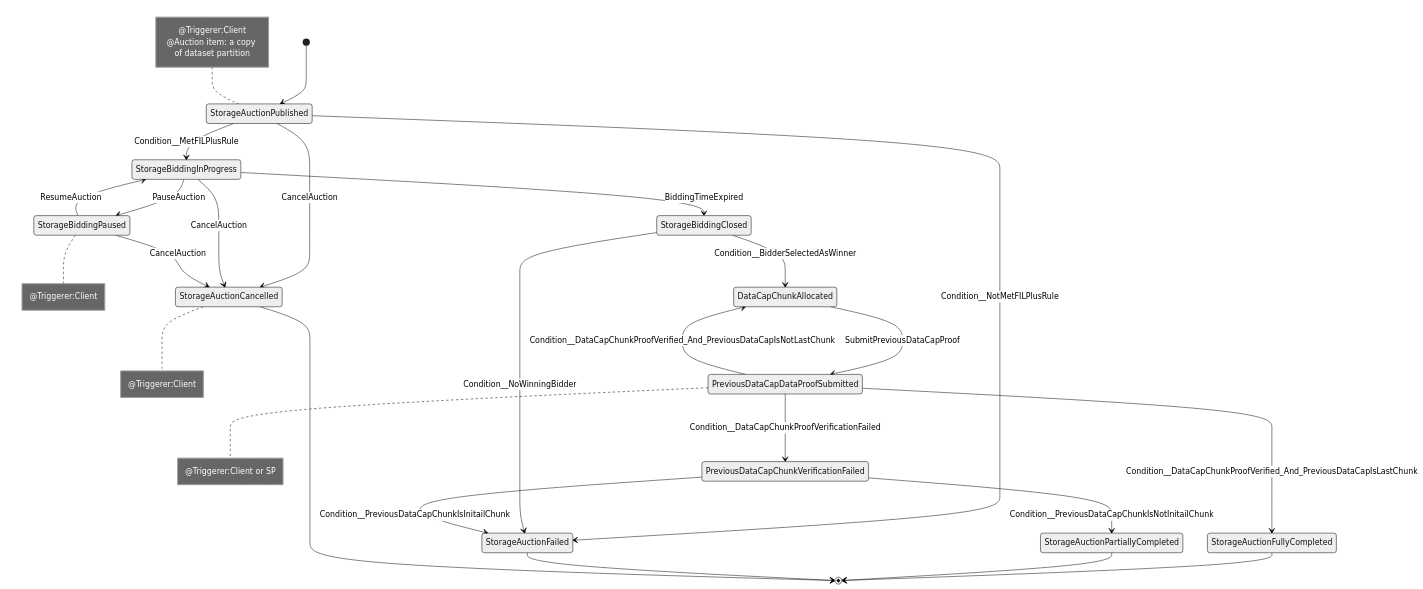
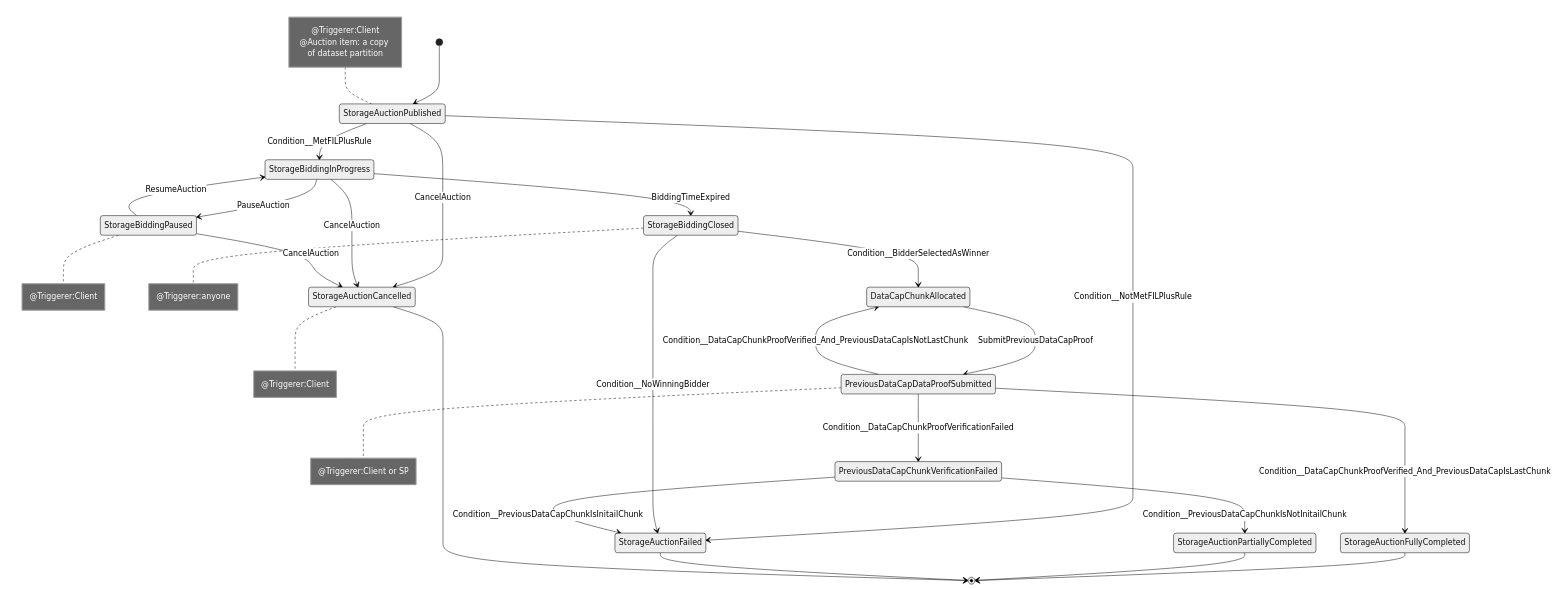
Before and after one commit to dataswap/specs: the second of 2 diagrams in systems/README.md, drawn with Mermaid (neutral theme).

Commit message:
update clodebiding trigger

````diff
--- a/systems/README.md
+++ b/systems/README.md
@@ -142,39 +142,42 @@
 ```mermaid
 stateDiagram
     [*]                                     --> StorageAuctionPublished
     StorageAuctionPublished                 --> StorageBiddingInProgress:Condition__MetFILPlusRule
     StorageAuctionPublished                 --> StorageAuctionFailed:Condition__NotMetFILPlusRule
     StorageBiddingInProgress                --> StorageBiddingPaused:PauseAuction
     StorageBiddingPaused                    --> StorageBiddingInProgress:ResumeAuction
     StorageAuctionPublished                 --> StorageAuctionCancelled:CancelAuction
     StorageBiddingInProgress                --> StorageAuctionCancelled:CancelAuction
     StorageBiddingPaused                    --> StorageAuctionCancelled:CancelAuction
     StorageBiddingInProgress                --> StorageBiddingClosed:BiddingTimeExpired
     StorageBiddingClosed                    --> StorageAuctionFailed:Condition__NoWinningBidder
     StorageBiddingClosed                    --> DataCapChunkAllocated:Condition__BidderSelectedAsWinner
     DataCapChunkAllocated                   --> PreviousDataCapDataProofSubmitted:SubmitPreviousDataCapProof
     PreviousDataCapDataProofSubmitted       --> PreviousDataCapChunkVerificationFailed:Condition__DataCapChunkProofVerificationFailed
     PreviousDataCapDataProofSubmitted       --> DataCapChunkAllocated:Condition__DataCapChunkProofVerified_And_PreviousDataCapIsNotLastChunk
     PreviousDataCapDataProofSubmitted       --> StorageAuctionFullyCompleted:Condition__DataCapChunkProofVerified_And_PreviousDataCapIsLastChunk
     PreviousDataCapChunkVerificationFailed  --> StorageAuctionFailed:Condition__PreviousDataCapChunkIsInitailChunk
     PreviousDataCapChunkVerificationFailed  --> StorageAuctionPartiallyCompleted:Condition__PreviousDataCapChunkIsNotInitailChunk
     StorageAuctionFullyCompleted            --> [*]
     StorageAuctionPartiallyCompleted        --> [*]
     StorageAuctionFailed                    --> [*]
     StorageAuctionCancelled                 --> [*] 
 
     note left of StorageAuctionPublished 
       @Triggerer:Client
       @Auction item: a copy of dataset partition
     end note
     note right of StorageBiddingPaused
       @Triggerer:Client
     end note
     note right of StorageAuctionCancelled 
       @Triggerer:Client
     end note
+    note right of StorageBiddingClosed
+      @Triggerer:anyone
+    end note
     note right of PreviousDataCapDataProofSubmitted
       @Triggerer:Client or SP
     end note
     
 ```
````
